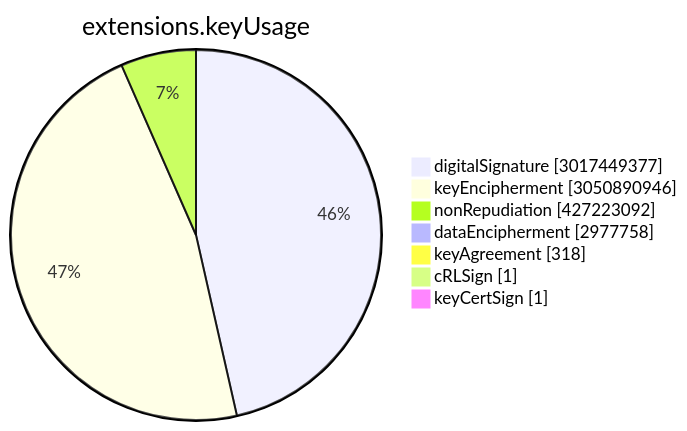
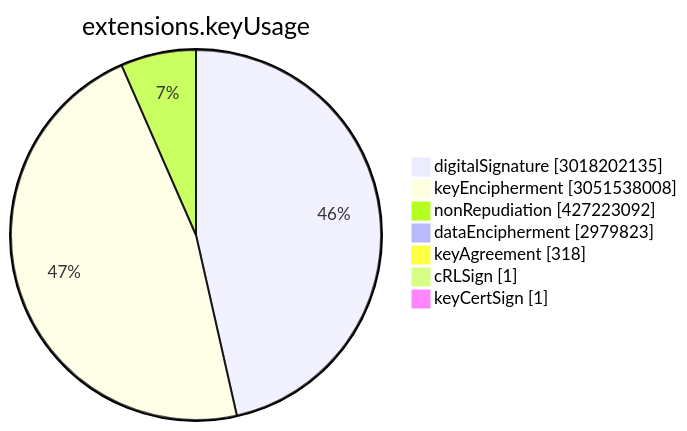
Before and after one commit to christiankrug/ctmonitor_visualization: the sixth of 15 diagrams in TOTAL/README.md, drawn with Mermaid. The commit also changed other lines of this file, not shown here.

````diff
--- a/TOTAL/README.md
+++ b/TOTAL/README.md
@@ -3075,11 +3075,11 @@
 ```mermaid
 pie showData
 title extensions.keyUsage
-"digitalSignature" :3017449377
-"keyEncipherment" :3050890946
+"digitalSignature" :3018202135
+"keyEncipherment" :3051538008
 "nonRepudiation" :427223092
-"dataEncipherment" :2977758
+"dataEncipherment" :2979823
 "keyAgreement" :318
 "cRLSign" :1
 "keyCertSign" :1
 ```
````
